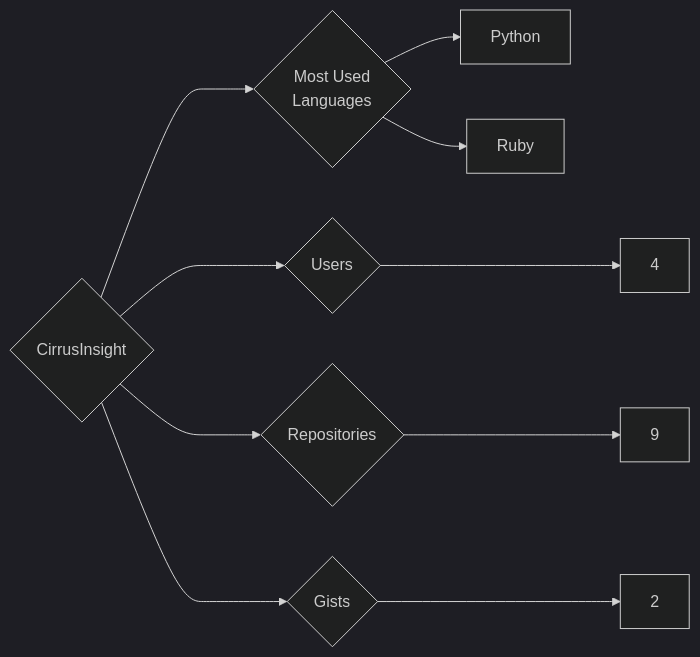
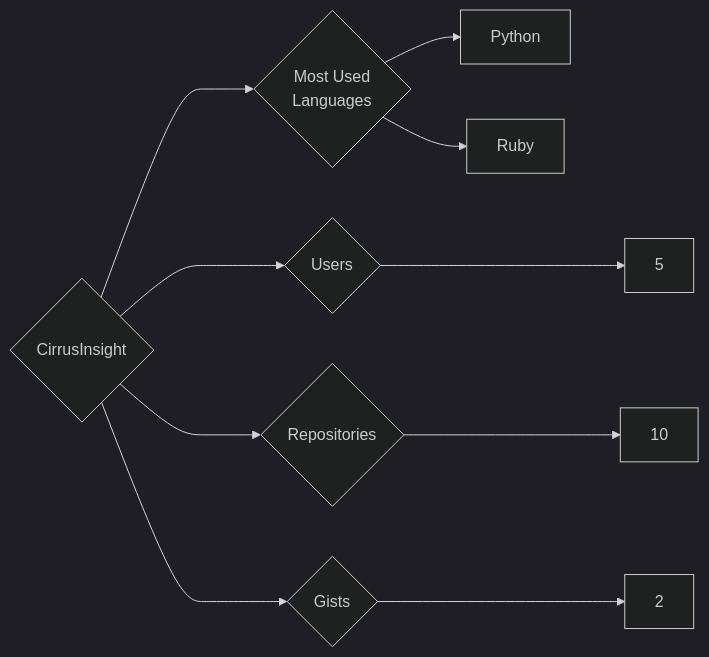
Before and after one commit to trickest/insiders: the diagram in targets/CirrusInsight/README.md, drawn with Mermaid (dark theme). The commit also changed 1055 other files, not shown here.

````diff
--- a/targets/CirrusInsight/README.md
+++ b/targets/CirrusInsight/README.md
@@ -3,10 +3,10 @@
 ```mermaid
 graph LR
 COMPANY_NAME{CirrusInsight}
-COMPANY_NAME ---> U{Users} ---> UN[4]
-COMPANY_NAME ---> R{Repositories} ---> RN[9]
+COMPANY_NAME ---> U{Users} ---> UN[5]
+COMPANY_NAME ---> R{Repositories} ---> RN[10]
 COMPANY_NAME ---> G{Gists} ---> GN[2]
 COMPANY_NAME ---> ML{Most Used<br>Languages}
 ML --> Python[Python]
 ML --> Ruby[Ruby]
 ```
````
